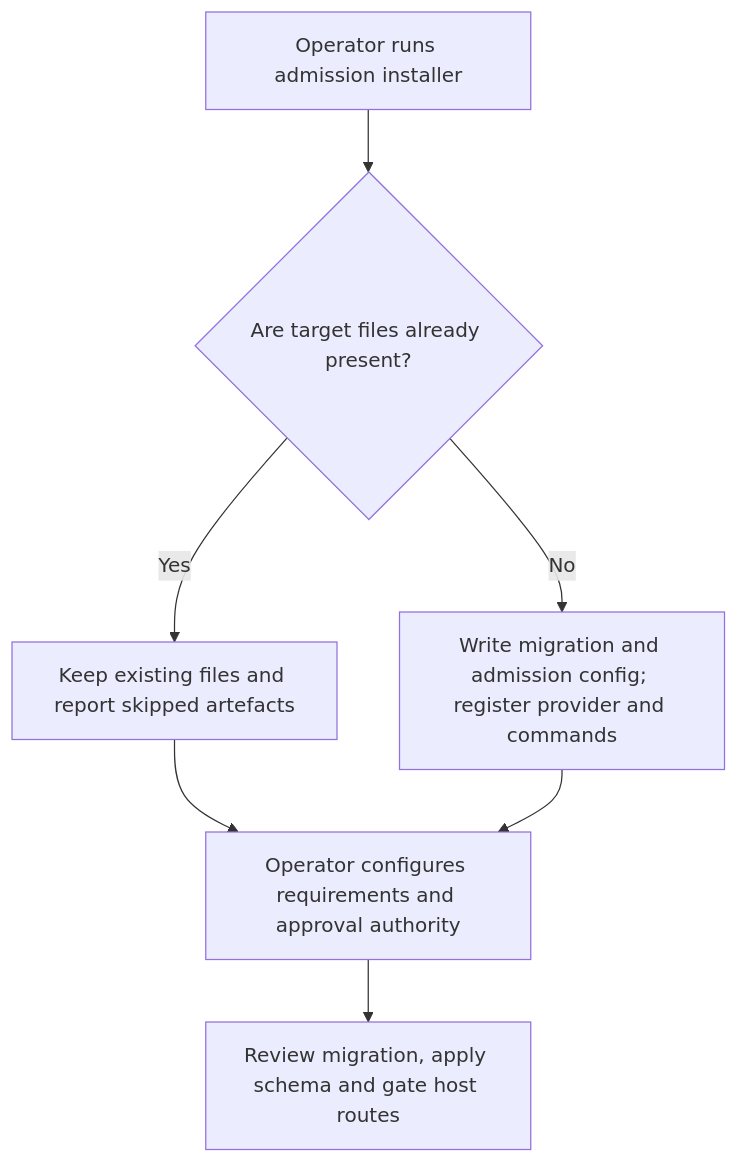
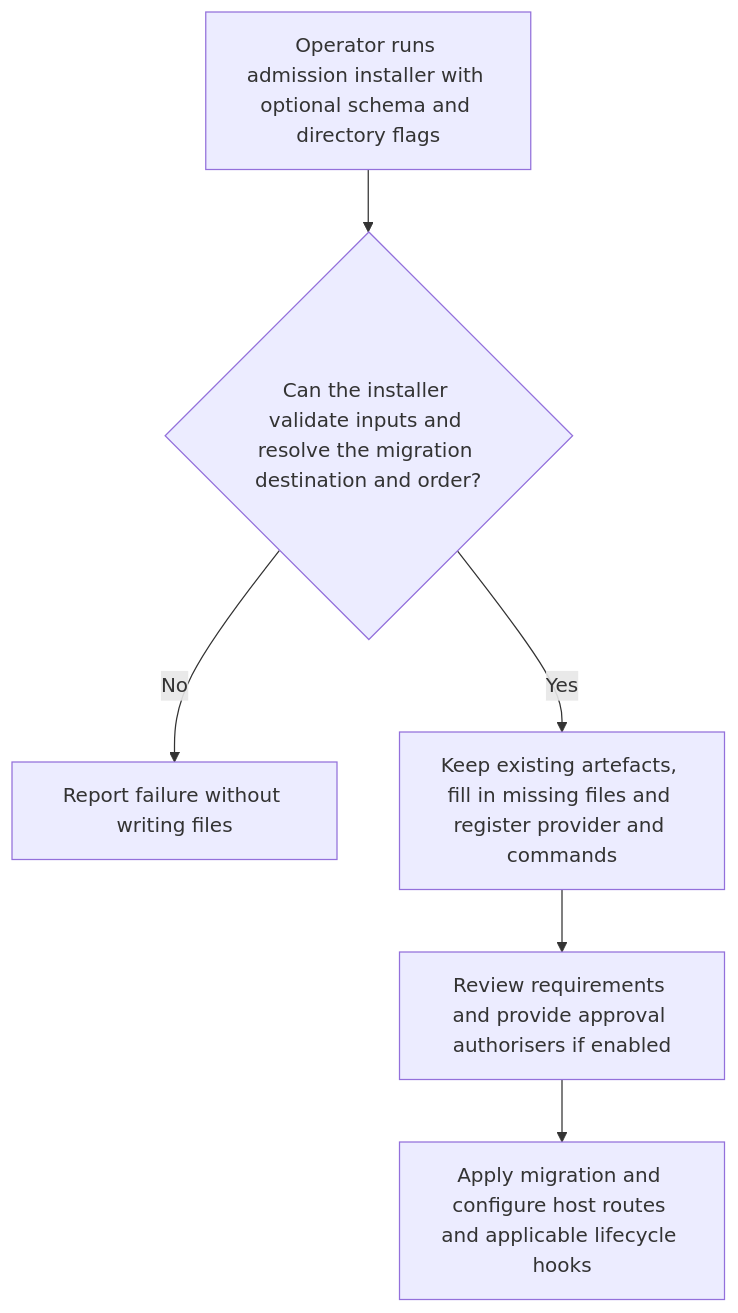
The first of 2 diagrams in user-stories/US-ACCOUNT-28-install-admission.md (Kevinjohn/oss-adonisjs-account-kit), drawn with Mermaid before and after one commit. The commit also changed other lines of this file and 70 other files, not shown here.

````diff
--- a/user-stories/US-ACCOUNT-28-install-admission.md
+++ b/user-stories/US-ACCOUNT-28-install-admission.md
@@ -18,9 +20,8 @@
 ```mermaid
 flowchart TD
- A["Operator runs admission installer"] --> B{"Are target files already present?"}
- B -->|Yes| C["Keep existing files and report skipped artefacts"]
- B -->|No| D["Write migration and admission config; register provider and commands"]
- C --> E["Operator configures requirements and approval authority"]
- D --> E
- E --> F["Review migration, apply schema and gate host routes"]
+ A["Operator runs admission installer with optional schema and directory flags"] --> B{"Can the installer validate inputs and resolve the migration destination and order?"}
+ B -->|No| C["Report failure without writing files"]
+ B -->|Yes| D["Keep existing artefacts, fill in missing files and register provider and commands"]
+ D --> E["Review requirements and provide approval authorisers if enabled"]
+ E --> F["Apply migration and configure host routes and applicable lifecycle hooks"]
 ```
````
